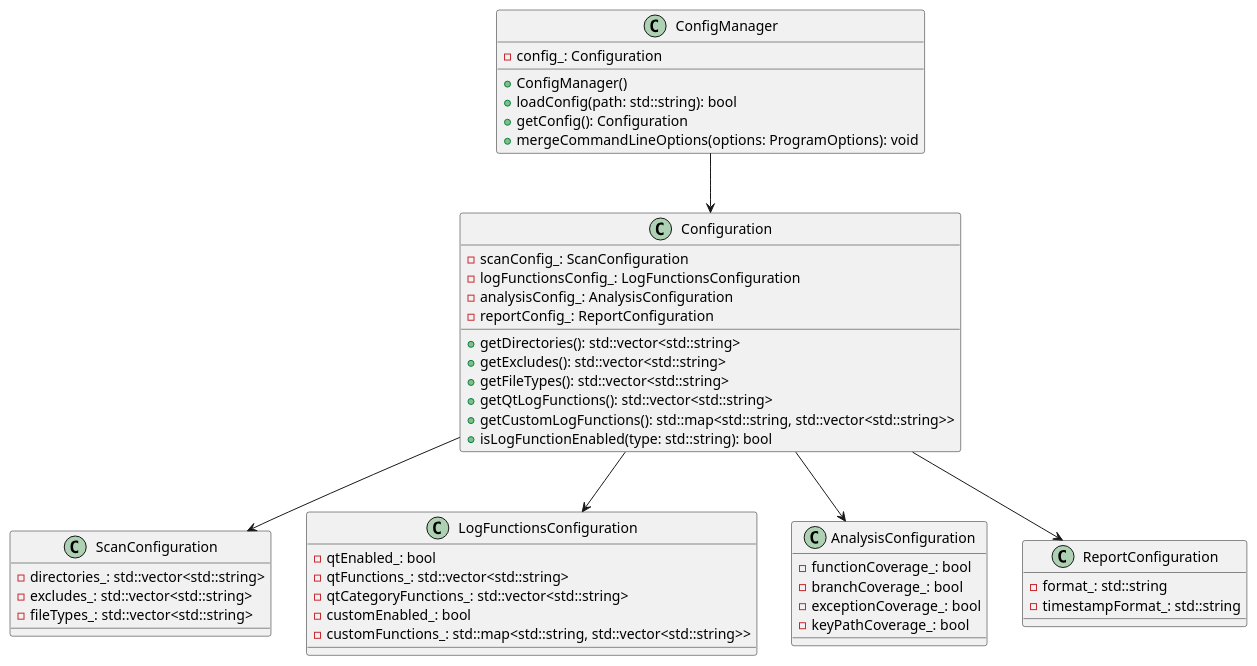
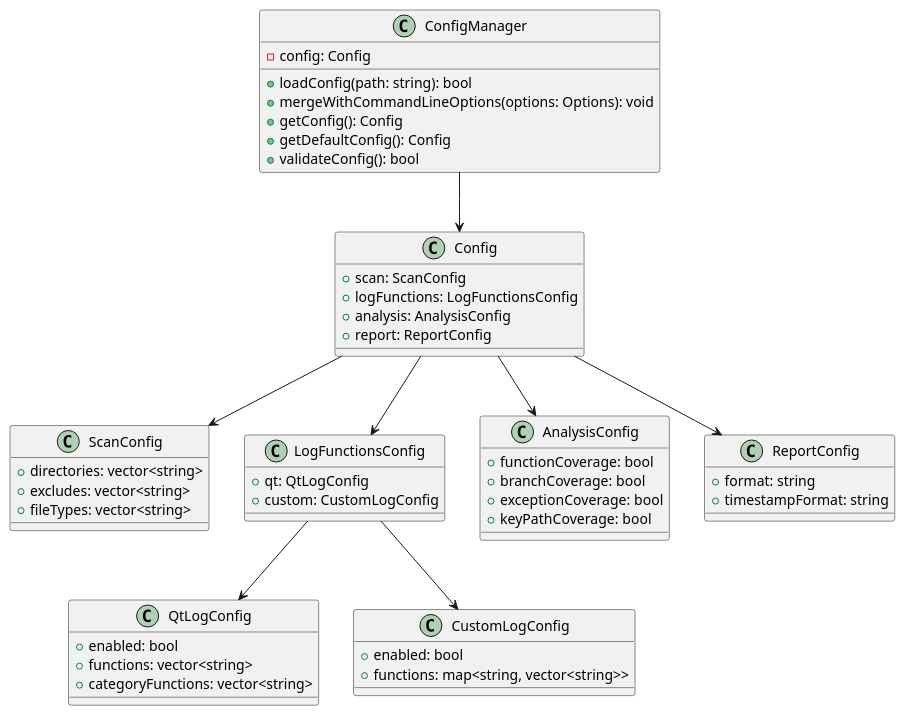
The third of 10 diagrams in docs/概要设计文档.md (eric2023/dlogcover), drawn with PlantUML before and after one commit. The commit also changed other lines of this file and 2 other files, not shown here.

````diff
--- a/docs/概要设计文档.md
+++ b/docs/概要设计文档.md
@@ -169,56 +183,61 @@
 ```plantuml
 @startuml
 class ConfigManager {
-  -config_: Configuration
-  +ConfigManager()
-  +loadConfig(path: std::string): bool
-  +getConfig(): Configuration
-  +mergeCommandLineOptions(options: ProgramOptions): void
+  -config: Config
+  +loadConfig(path: string): bool
+  +mergeWithCommandLineOptions(options: Options): void
+  +getConfig(): Config
+  +getDefaultConfig(): Config
+  +validateConfig(): bool
 }
 
-class Configuration {
-  -scanConfig_: ScanConfiguration
-  -logFunctionsConfig_: LogFunctionsConfiguration
-  -analysisConfig_: AnalysisConfiguration
-  -reportConfig_: ReportConfiguration
-  +getDirectories(): std::vector<std::string>
-  +getExcludes(): std::vector<std::string>
-  +getFileTypes(): std::vector<std::string>
-  +getQtLogFunctions(): std::vector<std::string>
-  +getCustomLogFunctions(): std::map<std::string, std::vector<std::string>>
-  +isLogFunctionEnabled(type: std::string): bool
+class Config {
+  +scan: ScanConfig
+  +logFunctions: LogFunctionsConfig
+  +analysis: AnalysisConfig
+  +report: ReportConfig
 }
 
-class ScanConfiguration {
-  -directories_: std::vector<std::string>
-  -excludes_: std::vector<std::string>
-  -fileTypes_: std::vector<std::string>
+class ScanConfig {
+  +directories: vector<string>
+  +excludes: vector<string>
+  +fileTypes: vector<string>
 }
 
-class LogFunctionsConfiguration {
-  -qtEnabled_: bool
-  -qtFunctions_: std::vector<std::string>
-  -qtCategoryFunctions_: std::vector<std::string>
-  -customEnabled_: bool
-  -customFunctions_: std::map<std::string, std::vector<std::string>>
+class LogFunctionsConfig {
+  +qt: QtLogConfig
+  +custom: CustomLogConfig
 }
 
-class AnalysisConfiguration {
-  -functionCoverage_: bool
-  -branchCoverage_: bool
-  -exceptionCoverage_: bool
-  -keyPathCoverage_: bool
+class QtLogConfig {
+  +enabled: bool
+  +functions: vector<string>
+  +categoryFunctions: vector<string>
 }
 
-class ReportConfiguration {
-  -format_: std::string
-  -timestampFormat_: std::string
+class CustomLogConfig {
+  +enabled: bool
+  +functions: map<string, vector<string>>
 }
 
-ConfigManager --> Configuration
-Configuration --> ScanConfiguration
-Configuration --> LogFunctionsConfiguration
-Configuration --> AnalysisConfiguration
-Configuration --> ReportConfiguration
+class AnalysisConfig {
+  +functionCoverage: bool
+  +branchCoverage: bool
+  +exceptionCoverage: bool
+  +keyPathCoverage: bool
+}
+
+class ReportConfig {
+  +format: string
+  +timestampFormat: string
+}
+
+ConfigManager --> Config
+Config --> ScanConfig
+Config --> LogFunctionsConfig
+Config --> AnalysisConfig
+Config --> ReportConfig
+LogFunctionsConfig --> QtLogConfig
+LogFunctionsConfig --> CustomLogConfig
 @enduml
 ```
````
